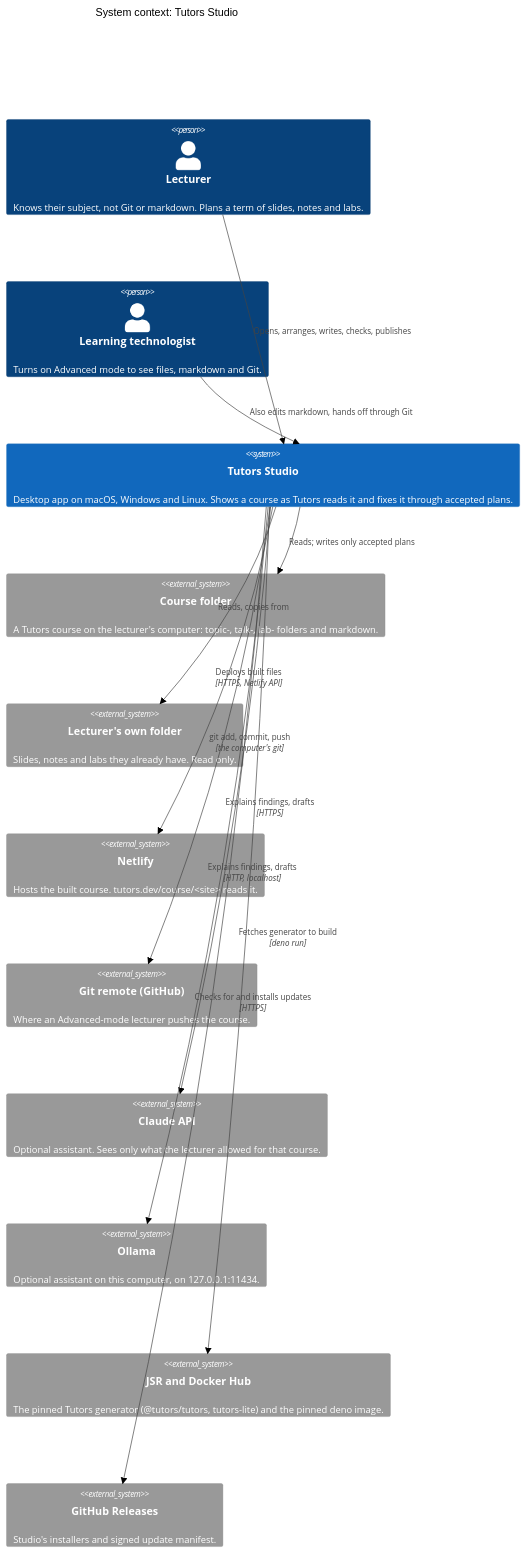
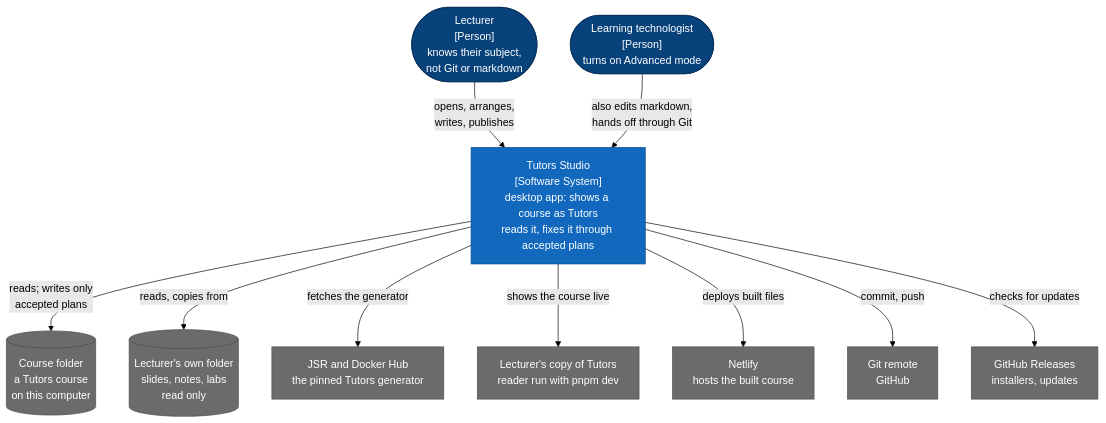
The first of 9 diagrams in docs/architecture.md (tutors-sdk/tutors-studio), drawn with Mermaid (forest theme) before and after one commit. The commit also changed other lines of this file, not shown here.

First line of the commit message:
Make the architecture diagrams readable; add the local Tutors deploy

````diff
--- a/docs/architecture.md
+++ b/docs/architecture.md
@@ -18,30 +18,31 @@
 ```mermaid
-C4Context
-  title System context: Tutors Studio
-  UpdateLayoutConfig($c4ShapeInRow="3", $c4BoundaryInRow="1")
+flowchart TB
+  %% C4 level 1, system context. Dark blue: people. Blue: Studio. Grey: outside Studio.
+  lecturer(["Lecturer<br/>[Person]<br/>knows their subject,<br/>not Git or markdown"])
+  advanced(["Learning technologist<br/>[Person]<br/>turns on Advanced mode"])
+  studio["Tutors Studio<br/>[Software System]<br/>desktop app: shows a course as Tutors<br/>reads it, fixes it through accepted plans"]
+  disk[("Course folder<br/>a Tutors course<br/>on this computer")]
+  own[("Lecturer's own folder<br/>slides, notes, labs<br/>read only")]
+  jsr["JSR and Docker Hub<br/>the pinned Tutors generator"]
+  tutors["Lecturer's copy of Tutors<br/>reader run with pnpm dev"]
+  netlify["Netlify<br/>hosts the built course"]
+  github["Git remote<br/>GitHub"]
+  releases["GitHub Releases<br/>installers, updates"]
 
-  Person(lecturer, "Lecturer", "Knows their subject, not Git or markdown. Plans a term of slides, notes and labs.")
-  Person(advanced, "Learning technologist", "Turns on Advanced mode to see files, markdown and Git.")
+  lecturer -- "opens, arranges,<br/>writes, publishes" --> studio
+  advanced -- "also edits markdown,<br/>hands off through Git" --> studio
+  studio -- "reads; writes only<br/>accepted plans" --> disk
+  studio -- "reads, copies from" --> own
+  studio -- "fetches the generator" --> jsr
+  studio -- "shows the course live" --> tutors
+  studio -- "deploys built files" --> netlify
+  studio -- "commit, push" --> github
+  studio -- "checks for updates" --> releases
 
-  System(studio, "Tutors Studio", "Desktop app on macOS, Windows and Linux. Shows a course as Tutors reads it and fixes it through accepted plans.")
-
-  System_Ext(disk, "Course folder", "A Tutors course on the lecturer's computer: topic-, talk-, lab- folders and markdown.")
-  System_Ext(own, "Lecturer's own folder", "Slides, notes and labs they already have. Read only.")
-  System_Ext(netlify, "Netlify", "Hosts the built course. tutors.dev/course/<site> reads it.")
-  System_Ext(github, "Git remote (GitHub)", "Where an Advanced-mode lecturer pushes the course.")
-  System_Ext(anthropic, "Claude API", "Optional assistant. Sees only what the lecturer allowed for that course.")
-  System_Ext(ollama, "Ollama", "Optional assistant on this computer, on 127.0.0.1:11434.")
-  System_Ext(jsr, "JSR and Docker Hub", "The pinned Tutors generator (@tutors/tutors, tutors-lite) and the pinned deno image.")
-  System_Ext(releases, "GitHub Releases", "Studio's installers and signed update manifest.")
-
-  Rel(lecturer, studio, "Opens, arranges, writes, checks, publishes")
-  Rel(advanced, studio, "Also edits markdown, hands off through Git")
-  Rel(studio, disk, "Reads; writes only accepted plans")
-  Rel(studio, own, "Reads, copies from")
-  Rel(studio, netlify, "Deploys built files", "HTTPS, Netlify API")
-  Rel(studio, github, "git add, commit, push", "the computer's git")
-  Rel(studio, anthropic, "Explains findings, drafts", "HTTPS")
-  Rel(studio, ollama, "Explains findings, drafts", "HTTP, localhost")
-  Rel(studio, jsr, "Fetches generator to build", "deno run")
-  Rel(studio, releases, "Checks for and installs updates", "HTTPS")
+  classDef person fill:#08427b,stroke:#052e56,color:#fff
+  classDef inside fill:#1168bd,stroke:#0b4884,color:#fff
+  classDef outside fill:#6b6b6b,stroke:#4d4d4d,color:#fff
+  class lecturer,advanced person
+  class studio inside
+  class disk,own,jsr,tutors,netlify,github,releases outside
 ```
````
